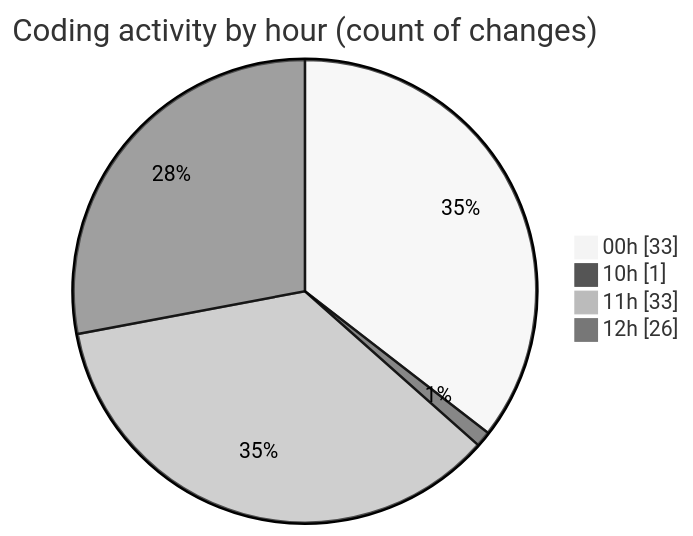
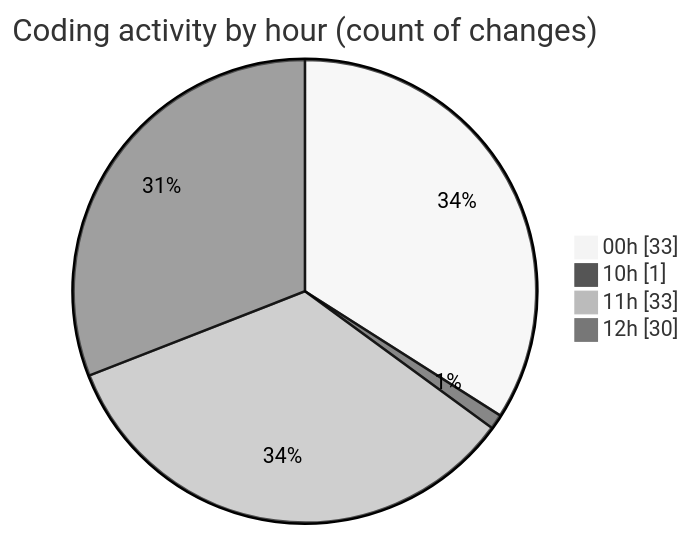
One commit to nxtqubesakshisongat/code-tracking changed the second of 2 diagrams in 2025-08-10/nxtqube_webapp/README.md. Above: the diagram before and after it, drawn with Mermaid (neutral theme). The commit also changed other lines of this file and 1 other file, not shown here.

````diff
--- a/2025-08-10/nxtqube_webapp/README.md
+++ b/2025-08-10/nxtqube_webapp/README.md
@@ -29,8 +30,8 @@
 ```mermaid
 pie showData
 title Coding activity by hour (count of changes)
 "00h" : 33
 "10h" : 1
 "11h" : 33
-"12h" : 26
+"12h" : 30
 ```
````
